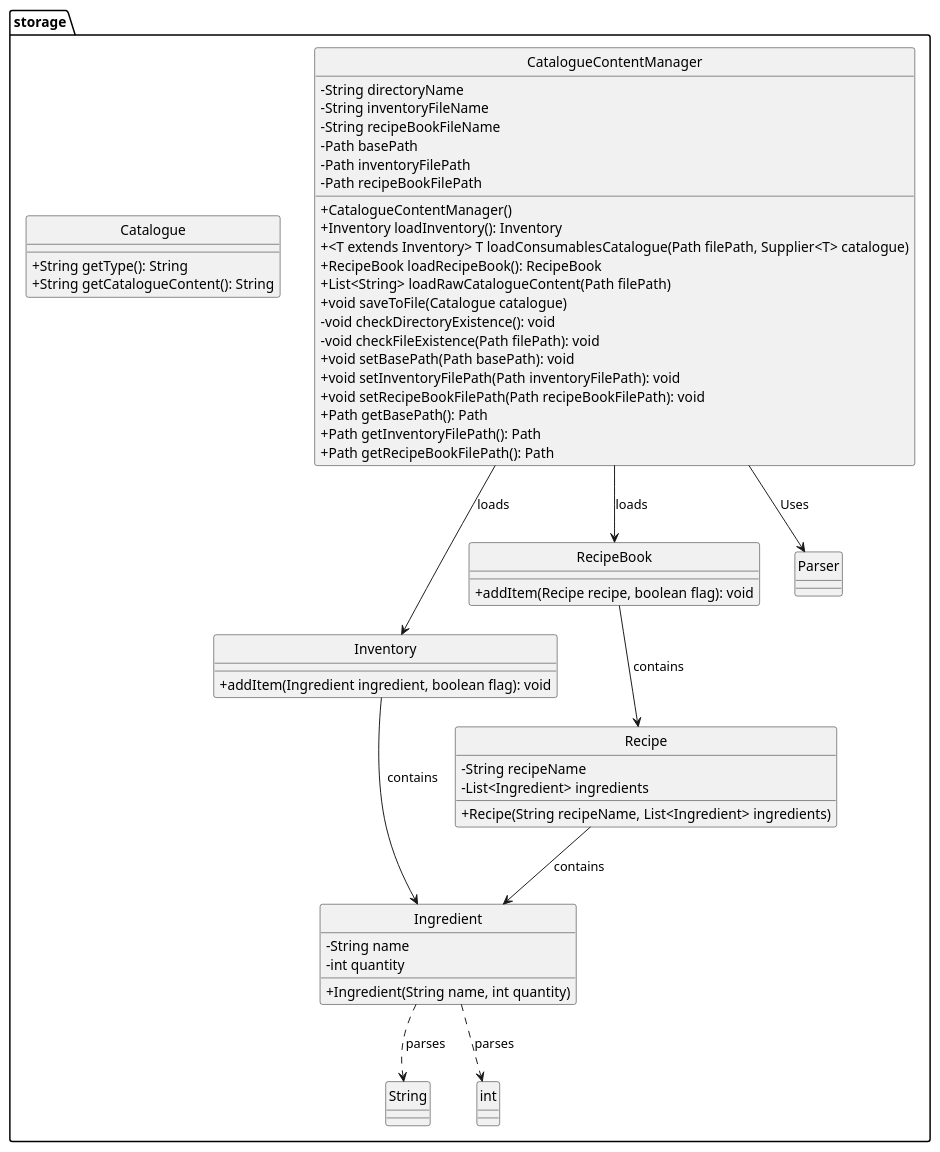
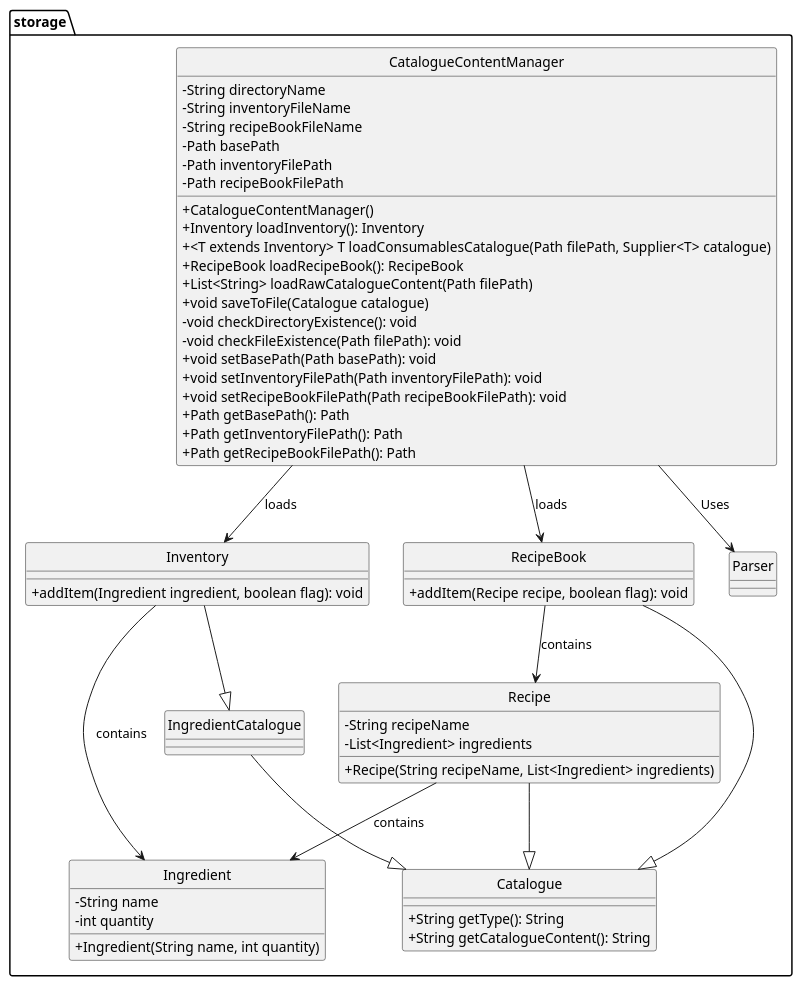
One commit to ChingWhee/tp changed the diagram in docs/diagrams/storage.puml. Above: the diagram before and after it, drawn with PlantUML. The commit also changed 5 other files, not shown here.

Commit message:
Update UML diagrams

```diff
--- a/docs/diagrams/storage.puml
+++ b/docs/diagrams/storage.puml
@@ -1,65 +1,70 @@
 @startuml
 hide circle
 skinparam classAttributeIconSize 0
 
 package storage {
     class CatalogueContentManager {
         - String directoryName
         - String inventoryFileName
         - String recipeBookFileName
         - Path basePath
         - Path inventoryFilePath
         - Path recipeBookFilePath
         + CatalogueContentManager()
         + Inventory loadInventory(): Inventory
         + <T extends Inventory> T loadConsumablesCatalogue(Path filePath, Supplier<T> catalogue)
         + RecipeBook loadRecipeBook(): RecipeBook
         + List<String> loadRawCatalogueContent(Path filePath)
         + void saveToFile(Catalogue catalogue)
         - void checkDirectoryExistence(): void
         - void checkFileExistence(Path filePath): void
         + void setBasePath(Path basePath): void
         + void setInventoryFilePath(Path inventoryFilePath): void
         + void setRecipeBookFilePath(Path recipeBookFilePath): void
         + Path getBasePath(): Path
         + Path getInventoryFilePath(): Path
         + Path getRecipeBookFilePath(): Path
     }
 
     class Inventory {
         + addItem(Ingredient ingredient, boolean flag): void
     }
 
     class RecipeBook {
         + addItem(Recipe recipe, boolean flag): void
     }
 
     class Ingredient {
         - String name
         - int quantity
         + Ingredient(String name, int quantity)
     }
 
     class Recipe {
         - String recipeName
         - List<Ingredient> ingredients
         + Recipe(String recipeName, List<Ingredient> ingredients)
     }
 
     class Catalogue {
         + String getType(): String
         + String getCatalogueContent(): String
     }
 
+    class IngredientCatalogue {
+    }
+
     CatalogueContentManager --> Inventory : loads
     CatalogueContentManager --> RecipeBook : loads
     Inventory --> Ingredient : contains
     RecipeBook --> Recipe : contains
     Recipe --> Ingredient : contains
-    Ingredient ..> String : parses
-    Ingredient ..> int : parses
+    Inventory --|> IngredientCatalogue
+    RecipeBook --|> Catalogue
+    Recipe --|> Catalogue
+    IngredientCatalogue --|> Catalogue
 
     CatalogueContentManager --> "Parser" : Uses
 }
 
 @enduml
```
